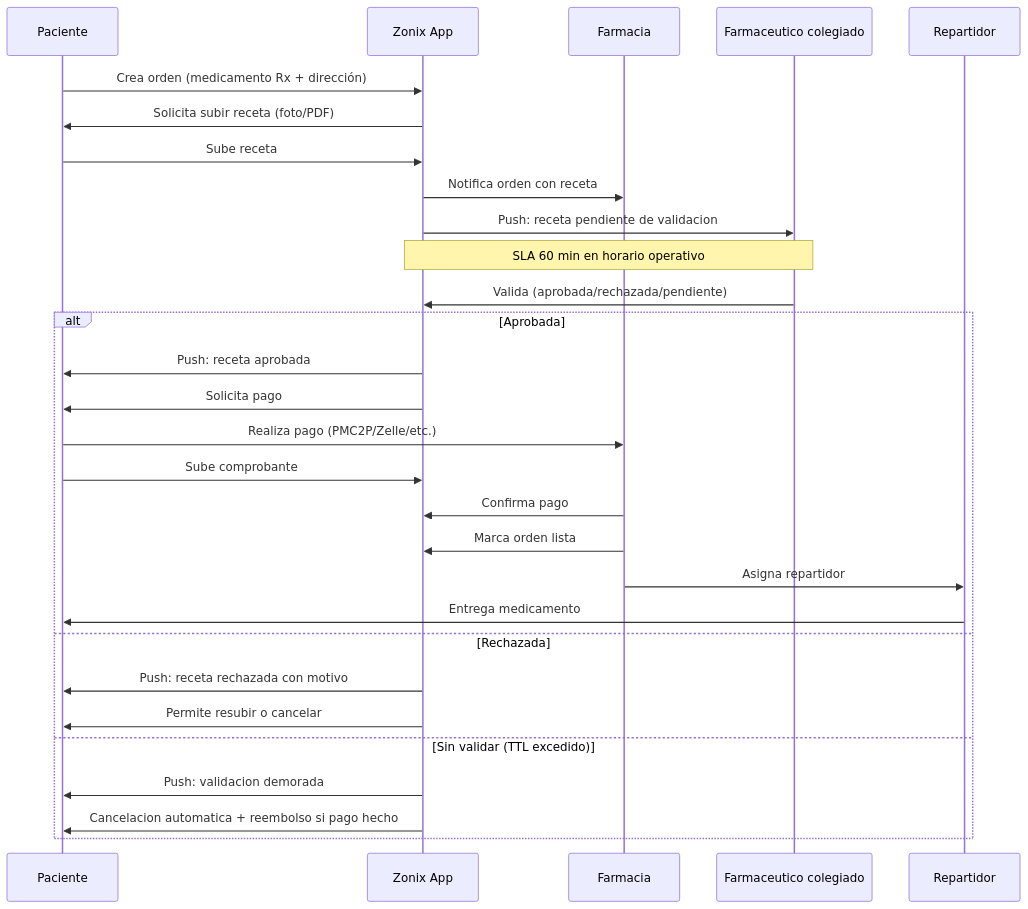
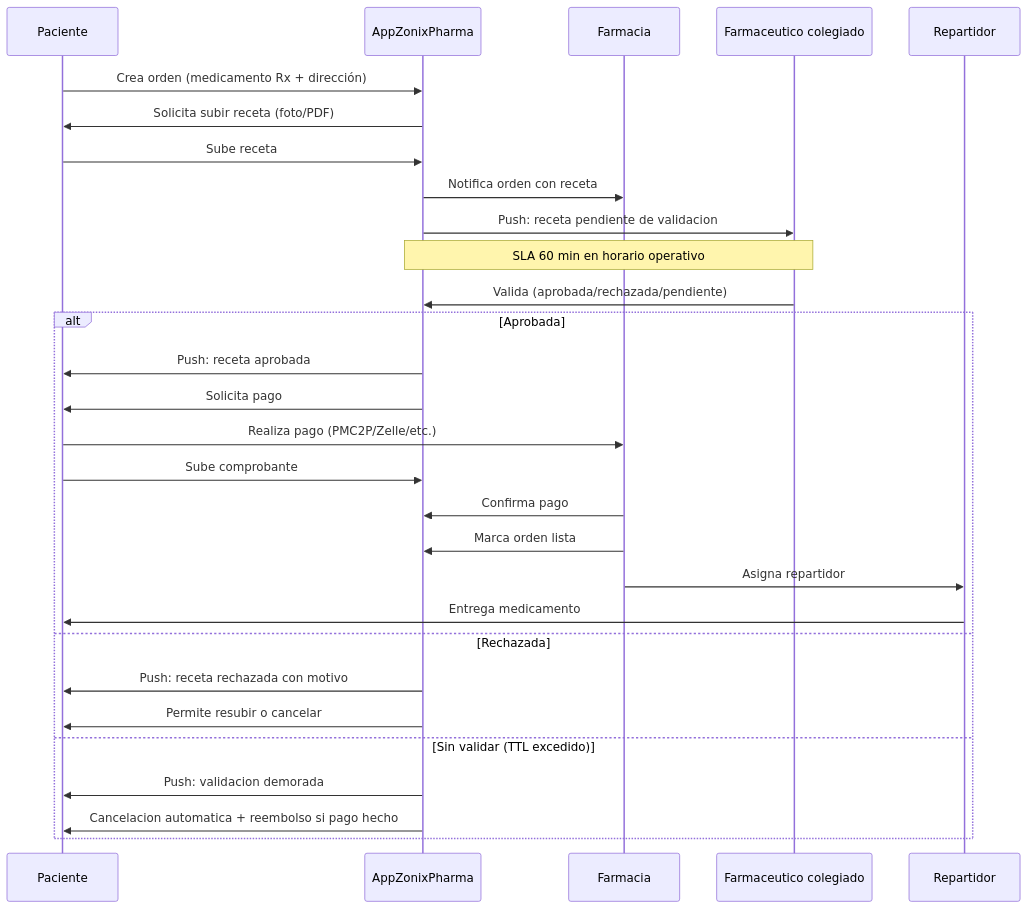
One commit to Abrahan-Eagle/ZonixPharma-Backend changed the diagram in docs/Lanzamiento/PLAN_MODULO_OPERATIVO_CLAVE.md. Above: the diagram before and after it, drawn with Mermaid. The commit also changed other lines of this file and 13 other files, not shown here.

First line of the commit message:
docs(Lanzamiento): unificación marca Zonix Pharma en pack inversor

````diff
--- a/docs/Lanzamiento/PLAN_MODULO_OPERATIVO_CLAVE.md
+++ b/docs/Lanzamiento/PLAN_MODULO_OPERATIVO_CLAVE.md
@@ -52,33 +52,33 @@
 ```mermaid
 sequenceDiagram
     participant P as Paciente
-    participant Z as Zonix App
+    participant Z as AppZonixPharma
     participant F as Farmacia
     participant Ph as Farmaceutico colegiado
     participant R as Repartidor
 
     P->>Z: Crea orden (medicamento Rx + dirección)
     Z->>P: Solicita subir receta (foto/PDF)
     P->>Z: Sube receta
     Z->>F: Notifica orden con receta
     Z->>Ph: Push: receta pendiente de validacion
     Note over Ph,Z: SLA 60 min en horario operativo
     Ph->>Z: Valida (aprobada/rechazada/pendiente)
 
     alt Aprobada
         Z->>P: Push: receta aprobada
         Z->>P: Solicita pago
         P->>F: Realiza pago (PMC2P/Zelle/etc.)
         P->>Z: Sube comprobante
         F->>Z: Confirma pago
         F->>Z: Marca orden lista
         F->>R: Asigna repartidor
         R->>P: Entrega medicamento
     else Rechazada
         Z->>P: Push: receta rechazada con motivo
         Z->>P: Permite resubir o cancelar
     else Sin validar (TTL excedido)
         Z->>P: Push: validacion demorada
         Z->>P: Cancelacion automatica + reembolso si pago hecho
     end
 ```
````
